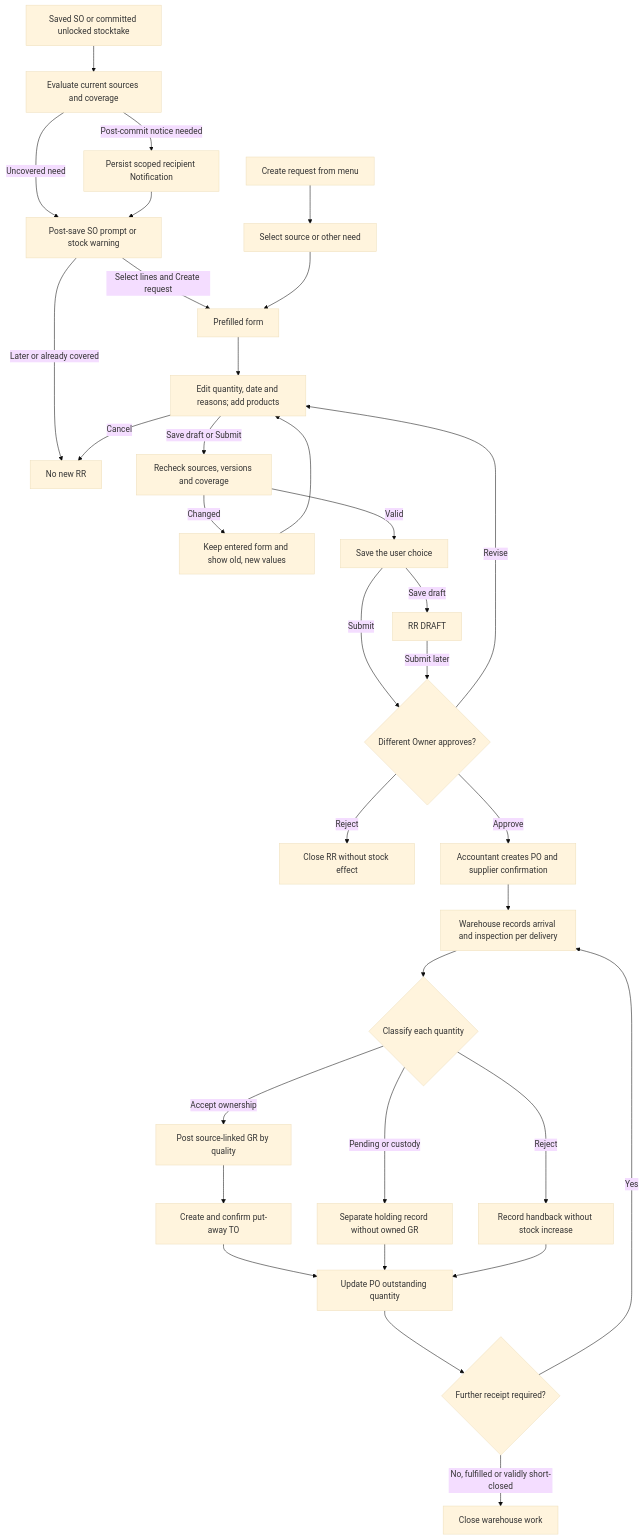
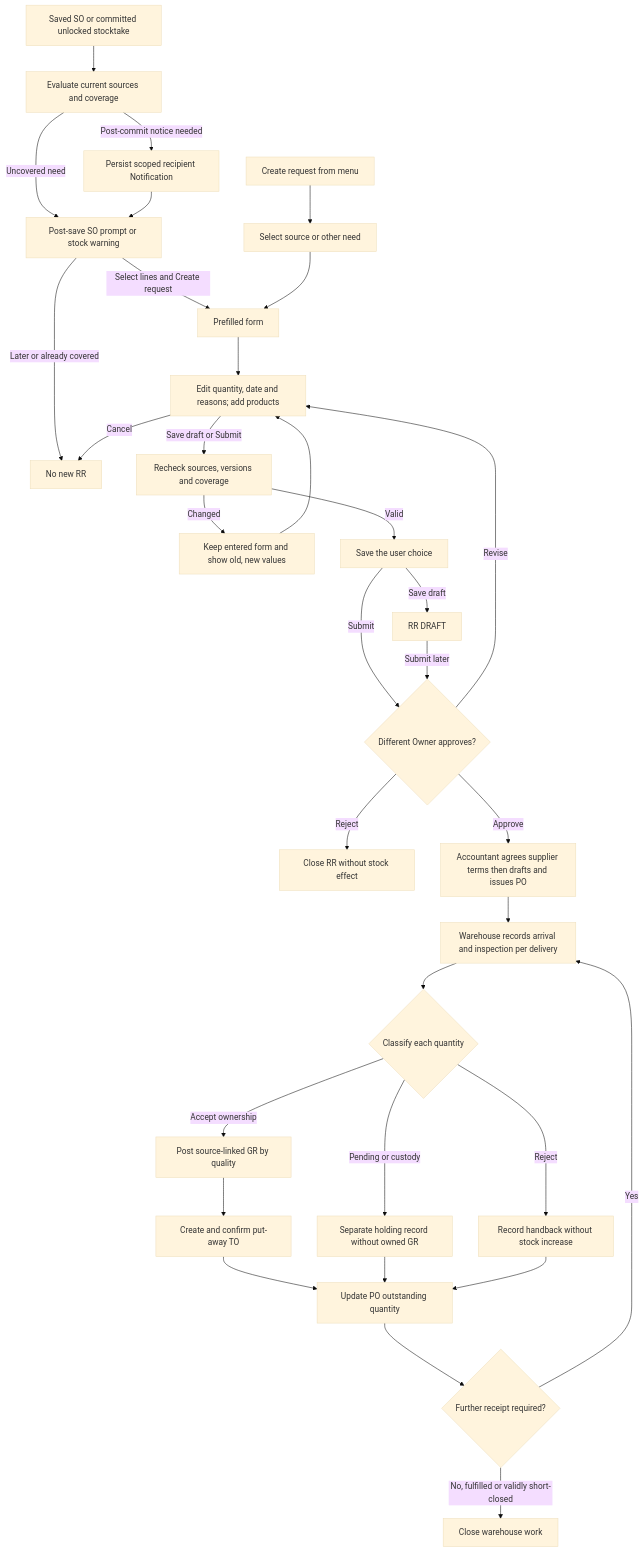
Before and after one commit to minhoa2005/building-material-management: the second of 9 diagrams in git_doc/docs/02_nghiep_vu/de_xuat_quy_trinh_2_EN.md, drawn with Mermaid (base theme). The commit also changed other lines of this file and 27 other files, not shown here.

````diff
--- a/git_doc/docs/02_nghiep_vu/de_xuat_quy_trinh_2_EN.md
+++ b/git_doc/docs/02_nghiep_vu/de_xuat_quy_trinh_2_EN.md
@@ -702,36 +702,36 @@
 ```mermaid
 %% WMSD business baseline 3.3.0 - synchronized 2026-10-27
 flowchart TD
  A[Saved SO or committed unlocked stocktake] --> EVAL[Evaluate current sources and coverage]
  EVAL -->|Uncovered need| OPEN[Post-save SO prompt or stock warning]
  EVAL -->|Post-commit notice needed| NOTICE[Persist scoped recipient Notification]
  NOTICE --> OPEN
  OPEN -->|Select lines and Create request| FORM[Prefilled form]
  OPEN -->|Later or already covered| WAIT[No new RR]
  MENU[Create request from menu] --> SOURCE[Select source or other need]
  SOURCE --> FORM
  FORM --> EDIT[Edit quantity, date and reasons; add products]
  EDIT -->|Cancel| WAIT
  EDIT -->|Save draft or Submit| CHECK[Recheck sources, versions and coverage]
  CHECK -->|Changed| REVIEW[Keep entered form and show old, new values]
  REVIEW --> EDIT
  CHECK -->|Valid| B[Save the user choice]
  B -->|Save draft| DRAFT[RR DRAFT]
  B -->|Submit| C{Different Owner approves?}
  DRAFT -->|Submit later| C
  C -->|Revise| EDIT
  C -->|Reject| Z[Close RR without stock effect]
- C -->|Approve| D[Accountant creates PO and supplier confirmation]
+ C -->|Approve| D[Accountant agrees supplier terms then drafts and issues PO]
  D --> E[Warehouse records arrival and inspection per delivery]
  E --> F{Classify each quantity}
  F -->|Accept ownership| G[Post source-linked GR by quality]
  F -->|Pending or custody| H[Separate holding record without owned GR]
  F -->|Reject| I[Record handback without stock increase]
  G --> T[Create and confirm put-away TO]
  T --> J[Update PO outstanding quantity]
  H --> J
  I --> J
  J --> K{Further receipt required?}
  K -->|Yes| E
  K -->|No, fulfilled or validly short-closed| L[Close warehouse work]
 ```
````
